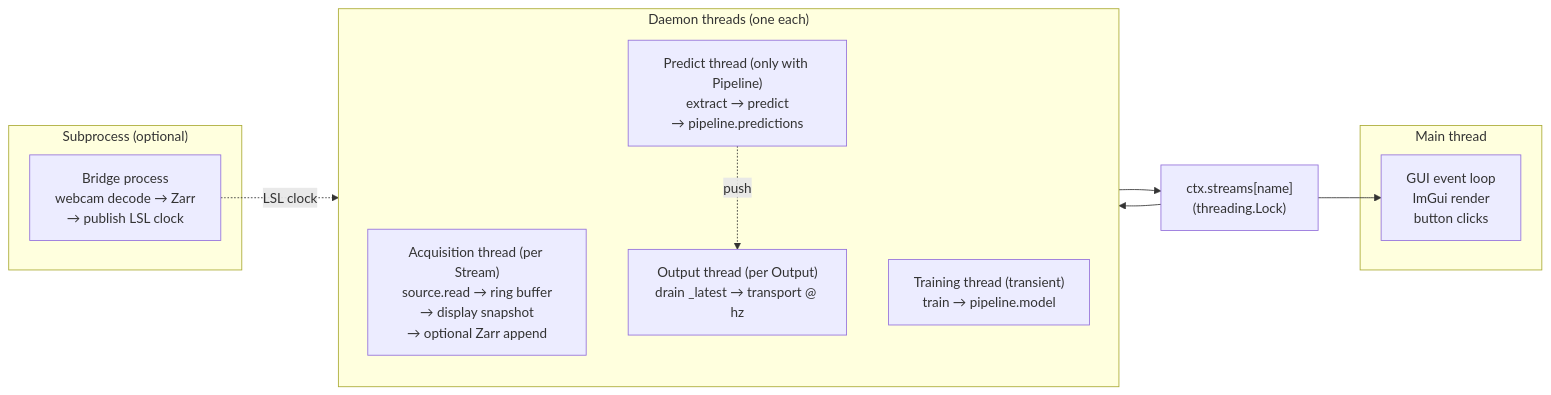
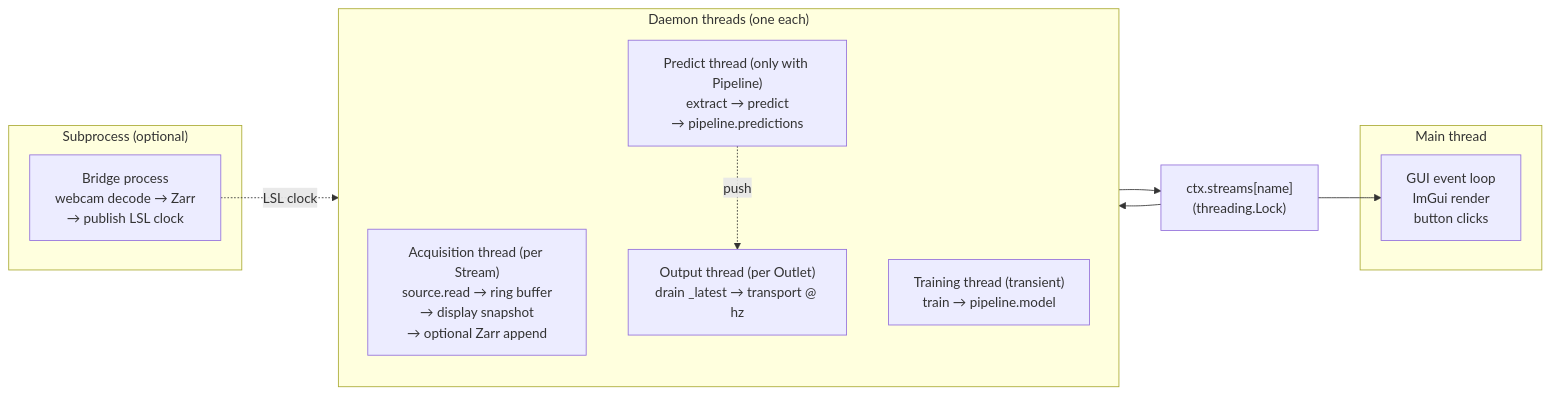
One commit to NsquaredLab/MyoGestic changed the diagram in docs/concepts/threading.md. Above: the diagram before and after it, drawn with Mermaid. The commit also changed other lines of this file and 19 other files, not shown here.

````diff
--- a/docs/concepts/threading.md
+++ b/docs/concepts/threading.md
@@ -7,24 +7,24 @@
 ```mermaid
 flowchart LR
     subgraph MAIN["Main thread"]
         UI["GUI event loop<br/>ImGui render<br/>button clicks"]
     end
 
     subgraph DAEMONS["Daemon threads (one each)"]
         direction TB
         AT["Acquisition thread (per Stream)<br/>source.read → ring buffer<br/>→ display snapshot<br/>→ optional Zarr append"]
         PT["Predict thread (only with Pipeline)<br/>extract → predict<br/>→ pipeline.predictions"]
         TT["Training thread (transient)<br/>train → pipeline.model"]
-        OT["Output thread (per Output)<br/>drain _latest → transport @ hz"]
+        OT["Output thread (per Outlet)<br/>drain _latest → transport @ hz"]
     end
 
     subgraph BRIDGE["Subprocess (optional)"]
         BR["Bridge process<br/>webcam decode → Zarr<br/>→ publish LSL clock"]
     end
 
     AT --> CTX["ctx.streams[name]<br/>(threading.Lock)"]
     CTX --> PT
     CTX --> UI
     PT -.->|push| OT
     BR -.->|LSL clock| AT
 ```
````
